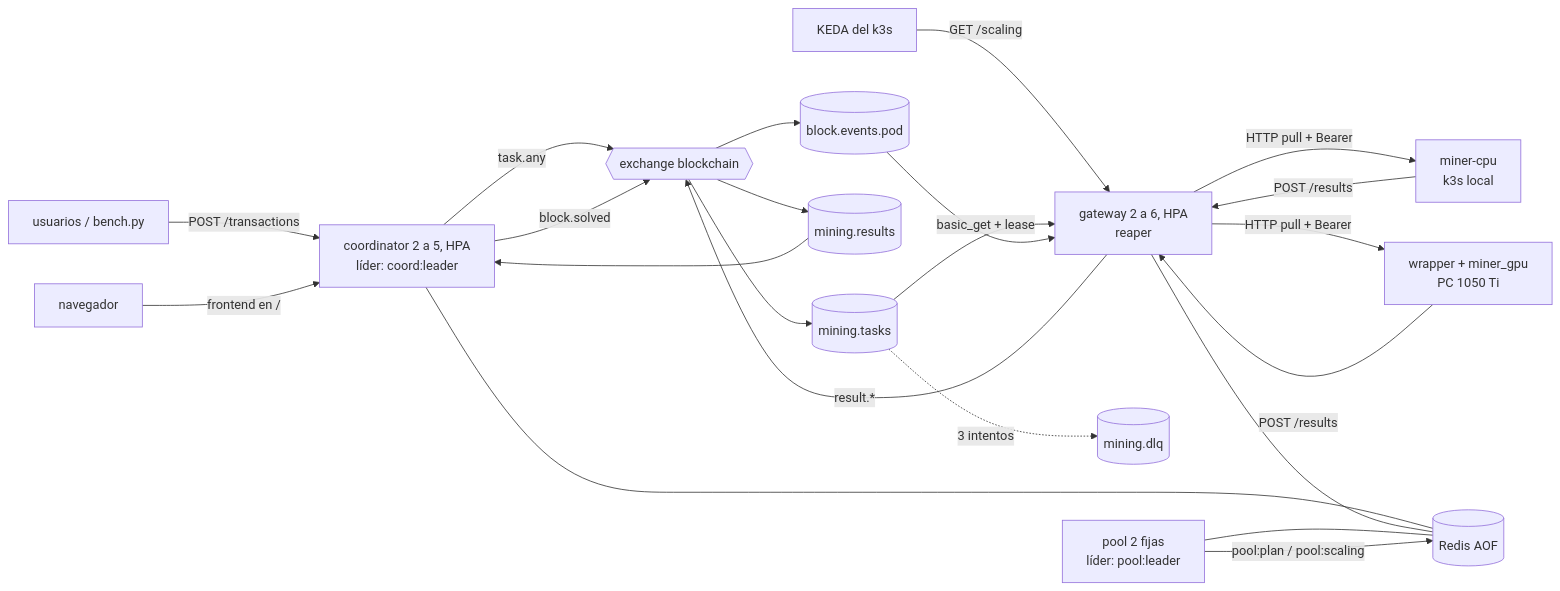
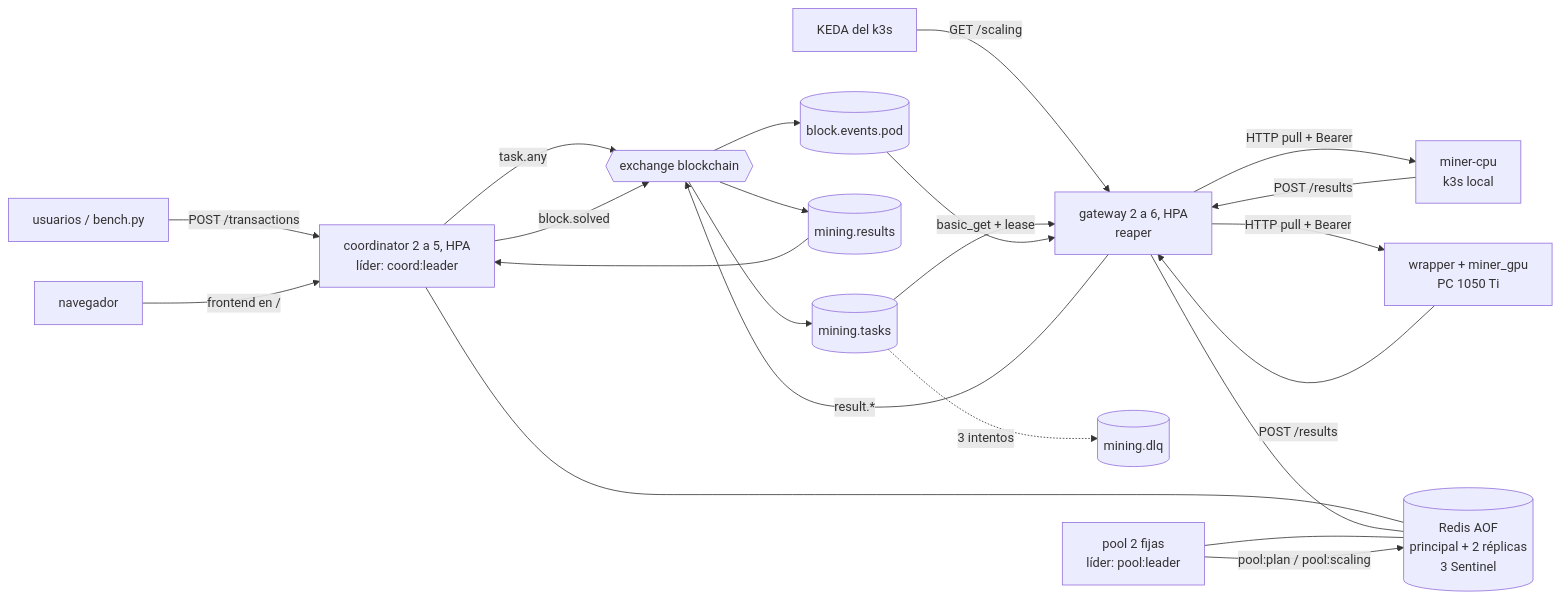
The diagram in pilar2/README.md (MateoPonti/TpIntegradorSDYPP), drawn with Mermaid before and after one commit. The commit also changed other lines of this file and 10 other files, not shown here.

First line of the commit message:
RabbitMQ con 3 nodos (Raft) y Redis con réplicas y Sentinel; TP3 fuera del cluster

````diff
--- a/pilar2/README.md
+++ b/pilar2/README.md
@@ -44,17 +44,17 @@
 ```mermaid
 flowchart LR
   U[usuarios / bench.py] -->|POST /transactions| C[coordinator 2 a 5, HPA<br/>líder: coord:leader]
   N[navegador] -->|frontend en /| C
   K[KEDA del k3s] -->|GET /scaling| G
   C -->|task.any| X{{exchange blockchain}}
   X --> T[(mining.tasks)]
   T -->|basic_get + lease| G[gateway 2 a 6, HPA<br/>reaper]
   G -->|HTTP pull + Bearer| M1[miner-cpu<br/>k3s local]
   G -->|HTTP pull + Bearer| M2[wrapper + miner_gpu<br/>PC 1050 Ti]
   M1 & M2 -->|POST /results| G
   G -->|result.*| X --> R[(mining.results)] --> C
   C -->|block.solved| X --> E[(block.events.pod)] --> G
   T -.3 intentos.-> D[(mining.dlq)]
-  C & G & P[pool 2 fijas<br/>líder: pool:leader] --- RD[(Redis AOF)]
+  C & G & P[pool 2 fijas<br/>líder: pool:leader] --- RD[(Redis AOF<br/>principal + 2 réplicas<br/>3 Sentinel)]
   P -->|pool:plan / pool:scaling| RD
 ```
````
